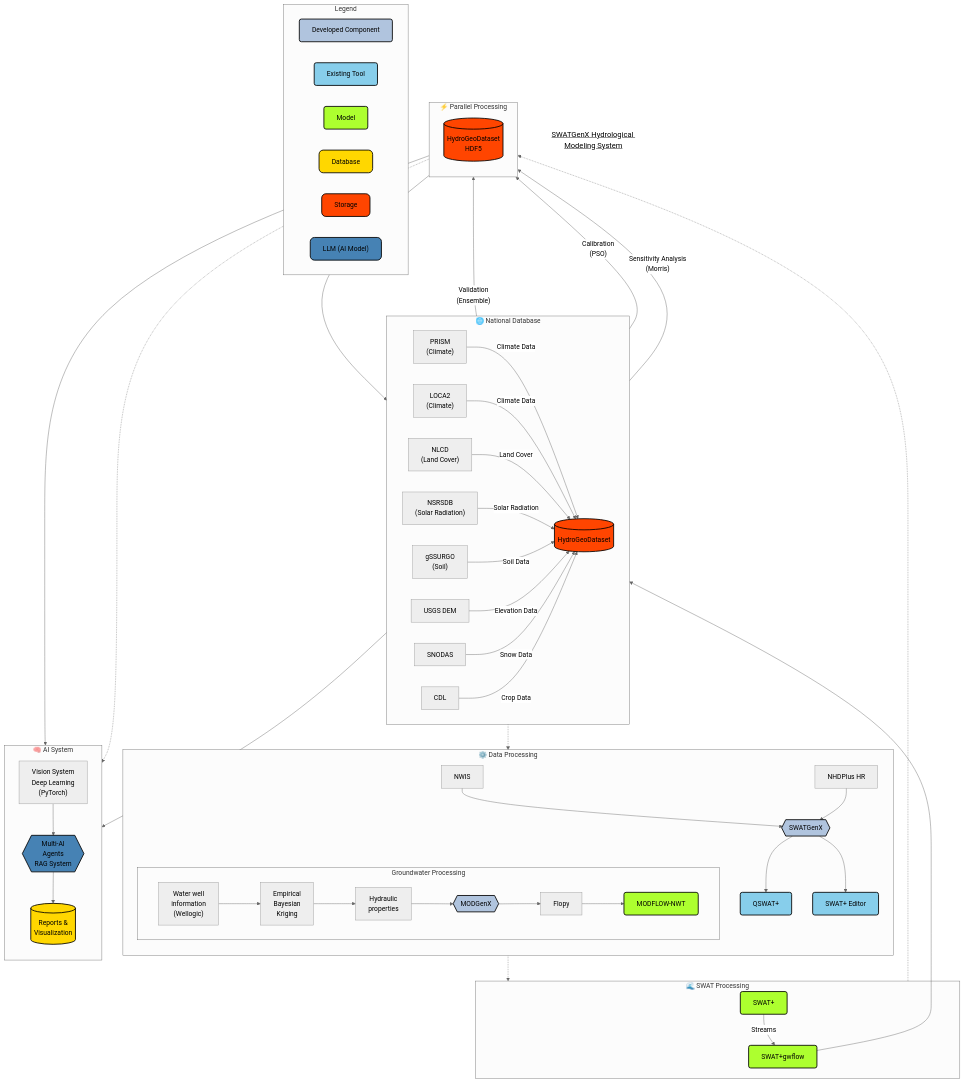
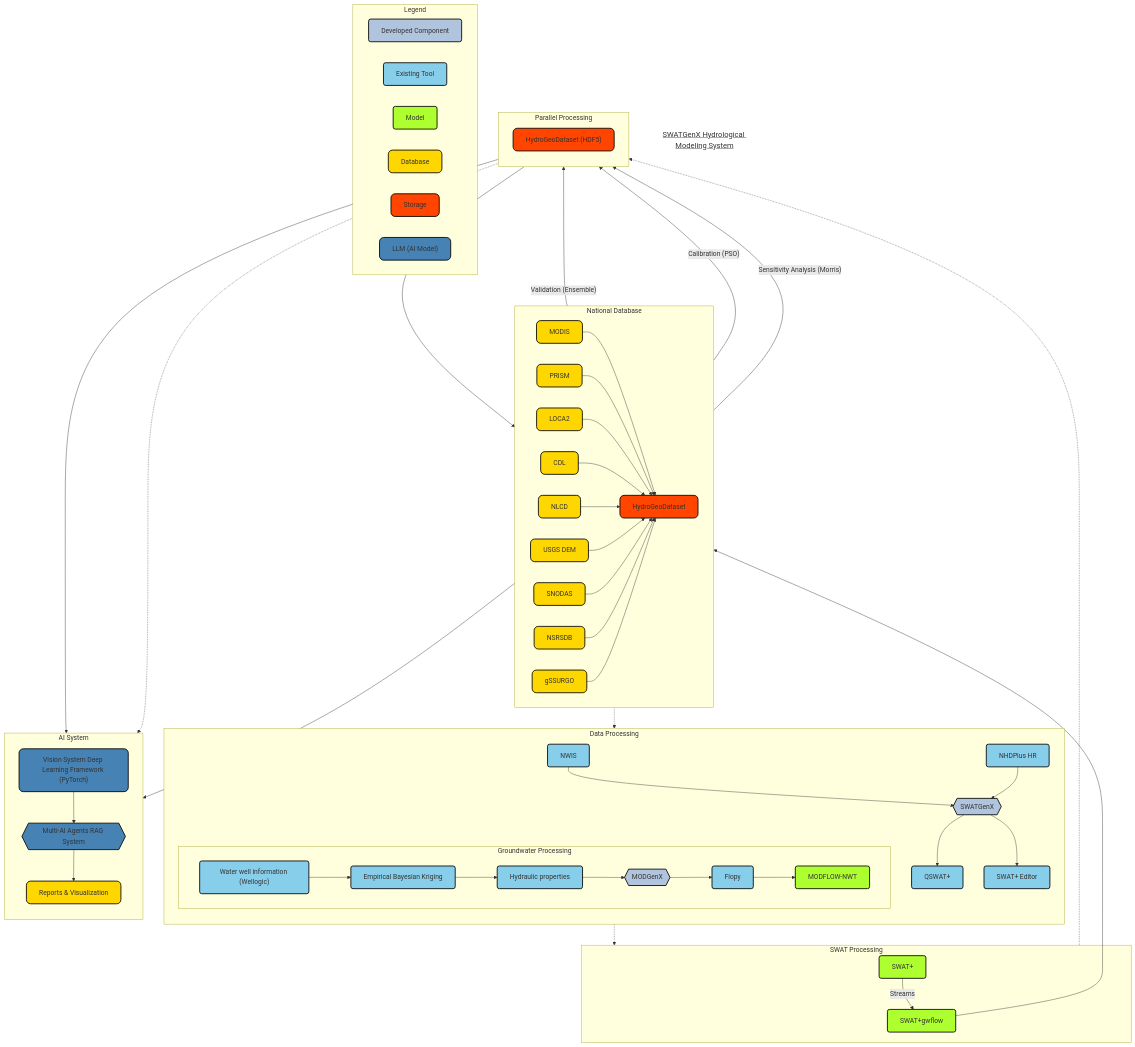
One commit to VahidMSU/HydroDeepNet changed the diagram in README.md. Above: the diagram before and after it, drawn with Mermaid.

Commit message:
Fix Mermaid rendering issue

````diff
--- a/README.md
+++ b/README.md
@@ -1,58 +1,59 @@
 ```mermaid
-%%{init: {'theme': 'neutral', 'flowchart': {'curve': 'basis'}}}%%
+%%{init: {'theme': 'default', 'flowchart': {'curve': 'basis'}}}%%
 graph TB
     %% Title and overall styling
     title[<u>SWATGenX Hydrological Modeling System</u>]
     title:::title
 
-    subgraph National_Database["🌐 National Database"]
+    subgraph National_Database["National Database"]
         direction LR
-        PRISM["PRISM<br>(Climate)"] -->|Climate Data| HydroGeoDataset[(HydroGeoDataset)]
-        LOCA2["LOCA2<br>(Climate)"] -->|Climate Data| HydroGeoDataset
-        NLCD["NLCD<br>(Land Cover)"] -->|Land Cover| HydroGeoDataset
-        NSRSDB["NSRSDB<br>(Solar Radiation)"] -->|Solar Radiation| HydroGeoDataset
-        gSSURGO["gSSURGO<br>(Soil)"] -->|Soil Data| HydroGeoDataset
-        USGSDEM["USGS DEM"] -->|Elevation Data| HydroGeoDataset
-        SNODAS["SNODAS"] -->|Snow Data| HydroGeoDataset
-        CDL["CDL"] -->|Crop Data| HydroGeoDataset
+        MODIS["MODIS"]:::database --> HydroGeoDataset
+        PRISM["PRISM"]:::database --> HydroGeoDataset
+        LOCA2["LOCA2"]:::database --> HydroGeoDataset
+        CDL["CDL"]:::database --> HydroGeoDataset
+        NLCD["NLCD"]:::database --> HydroGeoDataset
+        USGSDEM["USGS DEM"]:::database --> HydroGeoDataset
+        SNODAS["SNODAS"]:::database --> HydroGeoDataset
+        NSRSDB["NSRSDB"]:::database --> HydroGeoDataset
+        gSSURGO["gSSURGO"]:::database --> HydroGeoDataset
     end
 
-    subgraph Data_Processing["⚙️ Data Processing"]
+    subgraph Data_Processing["Data Processing"]
         direction TB
-        NWIS["NWIS"] --> SWATGenX{{SWATGenX}}
-        NHDPlusHR["NHDPlus HR"] --> SWATGenX
-        SWATGenX --> QSWATPlus["QSWAT+"]
-        SWATGenX --> SWATPlusEditor["SWAT+ Editor"]
+        NWIS["NWIS"]:::existing --> SWATGenX{{SWATGenX}}:::developed
+        NHDPlusHR["NHDPlus HR"]:::existing --> SWATGenX
+        SWATGenX --> QSWATPlus["QSWAT+"]:::existing
+        SWATGenX --> SWATPlusEditor["SWAT+ Editor"]:::existing
 
         subgraph Groundwater_Processing["Groundwater Processing"]
             direction LR
-            WellInfo["Water well<br>information<br>(Wellogic)"] --> EBK["Empirical<br>Bayesian<br>Kriging"]
-            EBK --> HydraulicProps["Hydraulic<br>properties"]
-            HydraulicProps --> MODGenX{{MODGenX}}
-            MODGenX --> Flopy["Flopy"]
-            Flopy --> MODFLOWNWT["MODFLOW-NWT"]
+            WellInfo["Water well information (Wellogic)"]:::existing --> EBK["Empirical Bayesian Kriging"]:::existing
+            EBK --> HydraulicProps["Hydraulic properties"]:::existing
+            HydraulicProps --> MODGenX{{MODGenX}}:::developed
+            MODGenX --> Flopy["Flopy"]:::existing
+            Flopy --> MODFLOWNWT["MODFLOW-NWT"]:::models
         end
     end
 
-    subgraph SWAT_Processing["🌊 SWAT Processing"]
-        SWATPlus["SWAT+"] -->|Streams| SWATPlusGwflow["SWAT+gwflow"]
+    subgraph SWAT_Processing["SWAT Processing"]
+        SWATPlus["SWAT+"]:::models -->|Streams| SWATPlusGwflow["SWAT+gwflow"]:::models
         SWATPlusGwflow --> HydroGeoDataset
     end
 
-    subgraph Parallel_Processing["⚡ Parallel Processing"]
+    subgraph Parallel_Processing["Parallel Processing"]
         direction TB
-        HydroGeoDataset -- "Validation<br>(Ensemble)" --> HydroGeoDataset_HDF5[("HydroGeoDataset<br>HDF5")]
-        HydroGeoDataset -- "Calibration<br>(PSO)" --> HydroGeoDataset_HDF5
-        HydroGeoDataset -- "Sensitivity Analysis<br>(Morris)" --> HydroGeoDataset_HDF5
+        HydroGeoDataset -- "Validation (Ensemble)" --> HydroGeoDataset_HDF5["HydroGeoDataset (HDF5)"]:::storage
+        HydroGeoDataset -- "Calibration (PSO)" --> HydroGeoDataset_HDF5
+        HydroGeoDataset -- "Sensitivity Analysis (Morris)" --> HydroGeoDataset_HDF5
     end
 
-    subgraph AI_System["🧠 AI System"]
+    subgraph AI_System["AI System"]
         direction TB
-        HydroGeoDataset_HDF5 --> VisionSystem["Vision System<br>Deep Learning<br>(PyTorch)"]
+        HydroGeoDataset_HDF5 --> VisionSystem["Vision System Deep Learning Framework (PyTorch)"]:::llm
         HydroGeoDataset_HDF5 --> HydroGeoDataset
-        VisionSystem --> MultiAI{{Multi-AI<br>Agents<br>RAG System}}
+        VisionSystem --> MultiAI{{Multi-AI Agents RAG System}}:::llm
         HydroGeoDataset --> MultiAI
-        MultiAI --> Reports[("Reports &<br>Visualization")]
+        MultiAI --> Reports["Reports & Visualization"]:::database
     end
 
     %% Connections between subgraphs
````
